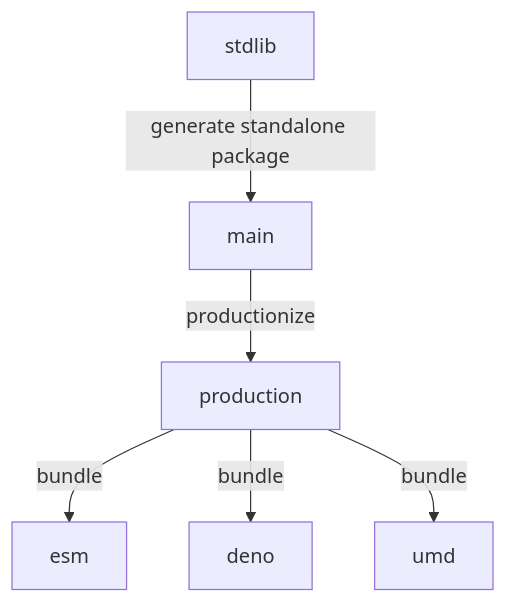
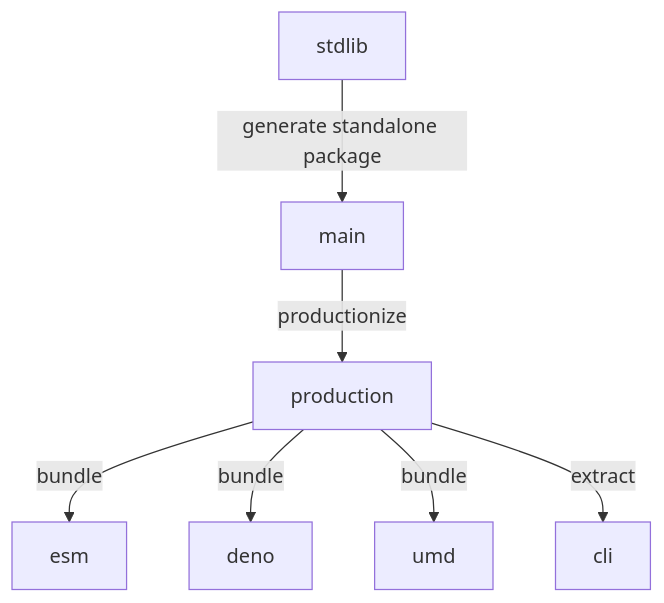
One commit to stdlib-js/string-pad changed the diagram in branches.md. Above: the diagram before and after it, drawn with Mermaid. The commit also changed other lines of this file and 8 other files, not shown here.

````diff
--- a/branches.md
+++ b/branches.md
@@ -33,15 +34,17 @@
 ```mermaid
 graph TD;
 A[stdlib]-->|generate standalone package|B;
 B[main] -->|productionize| C[production];
 C -->|bundle| D[esm];
 C -->|bundle| E[deno];
 C -->|bundle| F[umd];
+C -->|extract| G[cli];
 
-click A href "https://github.com/stdlib-js/stdlib/tree/develop/lib/node_modules/%40stdlib/string/pad"
-click B href "https://github.com/stdlib-js/string-pad/tree/main"
-click C href "https://github.com/stdlib-js/string-pad/tree/production"
-click D href "https://github.com/stdlib-js/string-pad/tree/esm"
-click E href "https://github.com/stdlib-js/string-pad/tree/deno"
-click F href "https://github.com/stdlib-js/string-pad/tree/umd"
+%% click A href "https://github.com/stdlib-js/stdlib/tree/develop/lib/node_modules/%40stdlib/string/pad"
+%% click B href "https://github.com/stdlib-js/string-pad/tree/main"
+%% click C href "https://github.com/stdlib-js/string-pad/tree/production"
+%% click D href "https://github.com/stdlib-js/string-pad/tree/esm"
+%% click E href "https://github.com/stdlib-js/string-pad/tree/deno"
+%% click F href "https://github.com/stdlib-js/string-pad/tree/umd"
+%% click G href "https://github.com/stdlib-js/string-pad/tree/cli"
 ```
````
